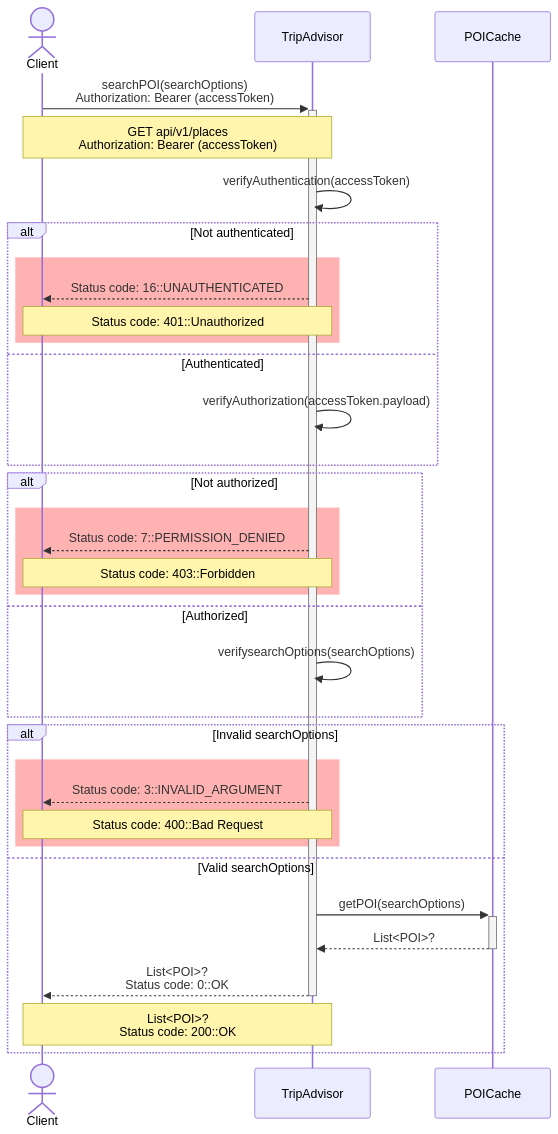
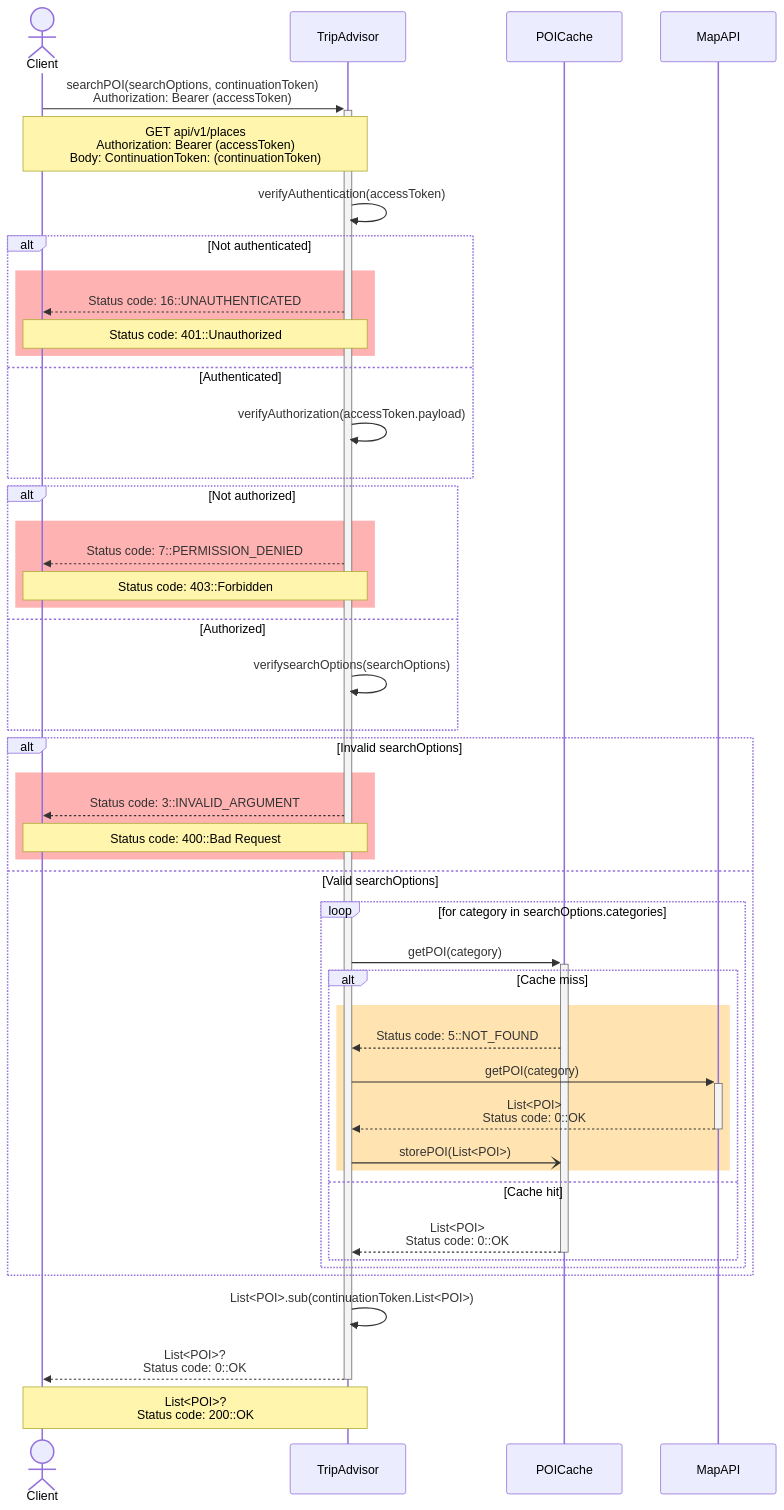
The diagram in docs/uml/src/search_poi.mmd (d-kv/backend-travel-app), drawn with Mermaid before and after one commit. The commit also changed 1 other file, not shown here.

Commit message:
docs: enhance poi fetching process

```diff
--- a/docs/uml/src/search_poi.mmd
+++ b/docs/uml/src/search_poi.mmd
@@ -1,39 +1,52 @@
 sequenceDiagram
 	actor Client as Client
 	participant Trip as TripAdvisor
 	participant DB as POICache
+	participant Map as MapAPI
 
 
-	Client->>+Trip: searchPOI(searchOptions)<br/>Authorization: Bearer (accessToken)
-	Note over Client,Trip: GET api/v1/places<br/>Authorization: Bearer (accessToken)
+	Client->>+Trip: searchPOI(searchOptions, continuationToken)<br/>Authorization: Bearer (accessToken)
+	Note over Client,Trip: GET api/v1/places<br/>Authorization: Bearer (accessToken)<br/>Body: ContinuationToken: (continuationToken)
 
 		Trip->>Trip: verifyAuthentication(accessToken)
 		alt Not authenticated
 			rect rgba(255, 0, 0, 0.3)
 				Trip-->>Client: Status code: 16::UNAUTHENTICATED
 				Note over Client,Trip: Status code: 401::Unauthorized
 			end
 		else Authenticated
 			Trip->>Trip: verifyAuthorization(accessToken.payload)
 		end
 		alt Not authorized
 			rect rgba(255, 0, 0, 0.3)
 				Trip-->>Client: Status code: 7::PERMISSION_DENIED
 				Note over Client,Trip: Status code: 403::Forbidden
 			end
 		else Authorized
 			Trip->>Trip: verifysearchOptions(searchOptions)
 		end
 
 		alt Invalid searchOptions
 			rect rgba(255, 0, 0, 0.3)
 				Trip-->>Client: Status code: 3::INVALID_ARGUMENT
 				Note over Client,Trip: Status code: 400::Bad Request
 			end
 
 		else Valid searchOptions
-			Trip->>+DB: getPOI(searchOptions)
-			DB-->>-Trip: List<POI>?
-			Trip-->>-Client: List<POI>?<br/>Status code: 0::OK
-			Note over Client,Trip: List<POI>?<br/>Status code: 200::OK
+			loop for category in searchOptions.categories
+				Trip->>+DB: getPOI(category)
+				alt Cache miss
+					rect rgba(255, 165, 0, 0.3)
+						DB-->>Trip: Status code: 5::NOT_FOUND
+						Trip->>+Map: getPOI(category)
+						Map-->>-Trip: List<POI><br/>Status code: 0::OK
+						Trip-)DB: storePOI(List<POI>)
+					end
+				else Cache hit
+					DB-->>-Trip: List<POI><br/>Status code: 0::OK
+				end
+			end
 		end
+		Trip->>Trip: List<POI>.sub(continuationToken.List<POI>)
+		Trip-->>-Client: List<POI>?<br/>Status code: 0::OK
+		Note over Client,Trip: List<POI>?<br/>Status code: 200::OK
```
